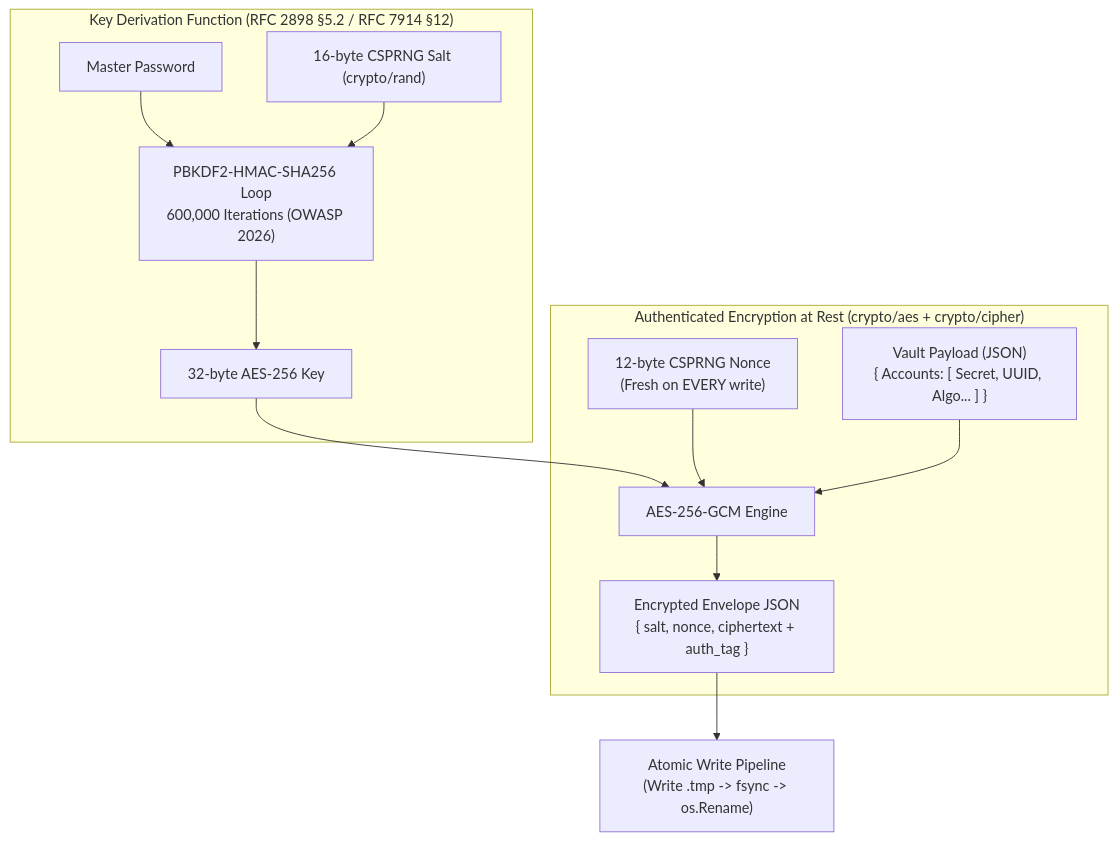
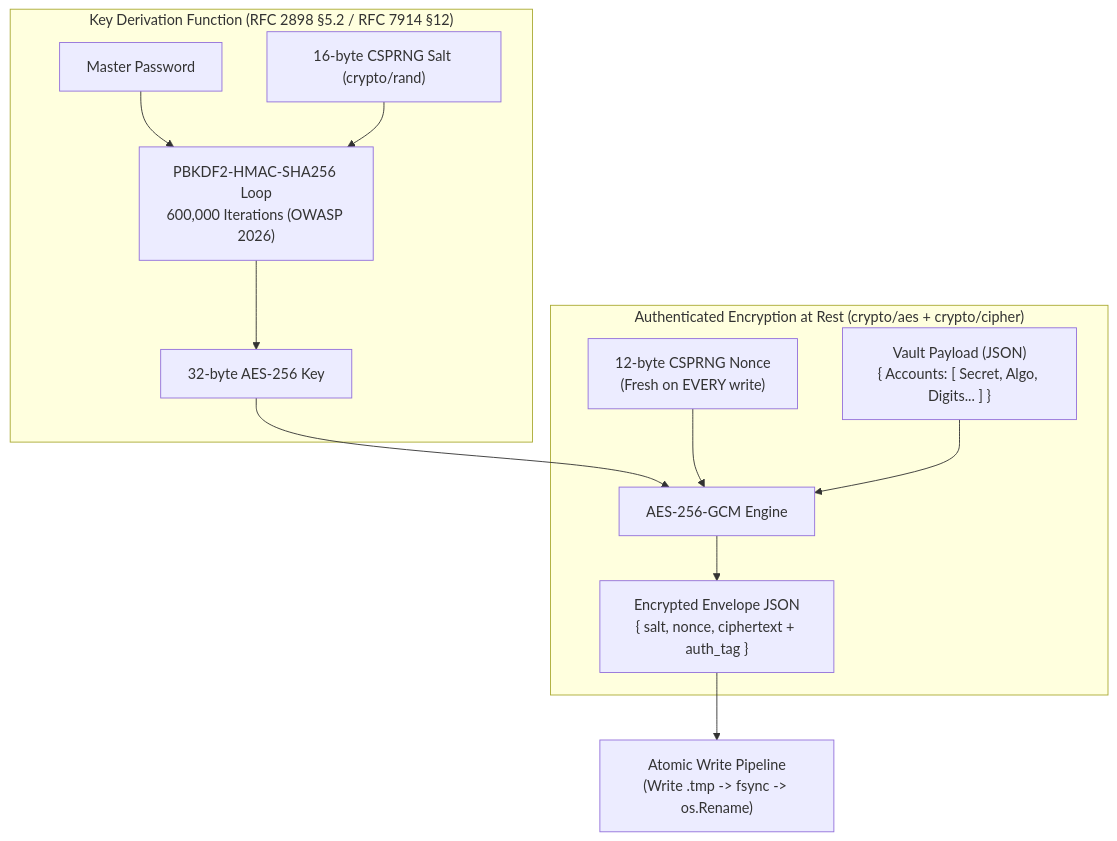
Before and after one commit to moin08s/stdotp: the second of 4 diagrams in README.md, drawn with Mermaid. The commit also changed other lines of this file and 4 other files, not shown here.

````diff
--- a/README.md
+++ b/README.md
@@ -149,17 +147,17 @@
 ```mermaid
 flowchart TD
     subgraph KDF["Key Derivation Function (RFC 2898 §5.2 / RFC 7914 §12)"]
         Password[Master Password] --> PBKDF2Loop["PBKDF2-HMAC-SHA256 Loop<br/>600,000 Iterations (OWASP 2026)"]
         Salt["16-byte CSPRNG Salt (crypto/rand)"] --> PBKDF2Loop
         PBKDF2Loop --> DerivedKey["32-byte AES-256 Key"]
     end
 
     subgraph AEAD["Authenticated Encryption at Rest (crypto/aes + crypto/cipher)"]
         DerivedKey --> AESGCM["AES-256-GCM Engine"]
         FreshNonce["12-byte CSPRNG Nonce<br/>(Fresh on EVERY write)"] --> AESGCM
-        PlaintextJSON["Vault Payload (JSON)<br/>{ Accounts: [ Secret, UUID, Algo... ] }"] --> AESGCM
+        PlaintextJSON["Vault Payload (JSON)<br/>{ Accounts: [ Secret, Algo, Digits... ] }"] --> AESGCM
         AESGCM --> EncryptedEnvelope["Encrypted Envelope JSON<br/>{ salt, nonce, ciphertext + auth_tag }"]
     end
 
     EncryptedEnvelope --> AtomicWrite["Atomic Write Pipeline<br/>(Write .tmp -> fsync -> os.Rename)"]
 ```
````
